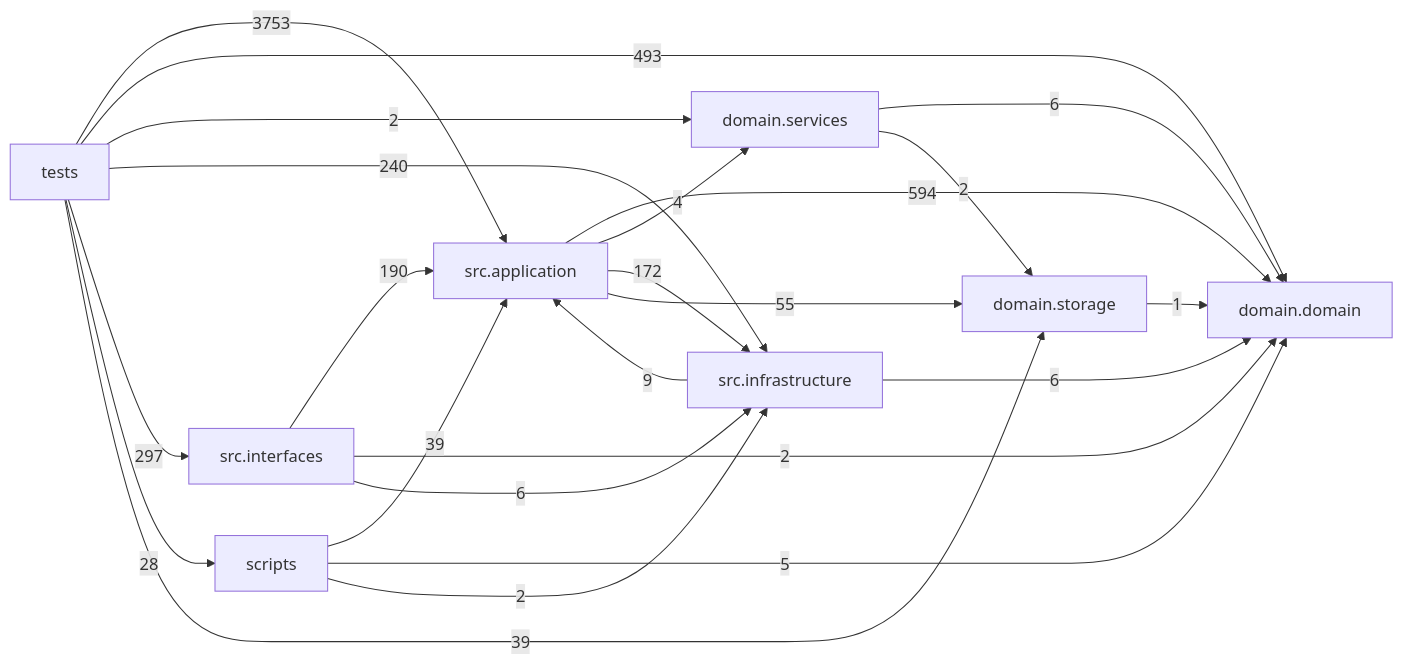
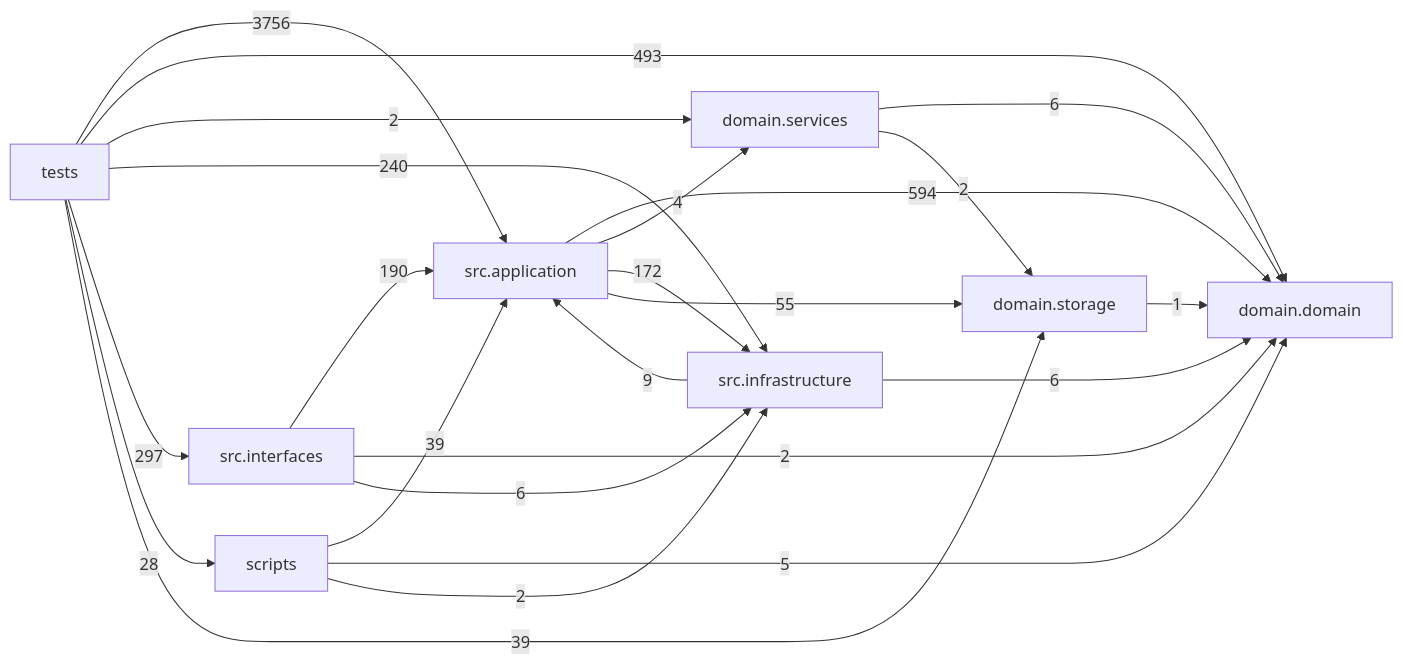
One commit to liuxie066/options-monitor changed the diagram in docs/DEPENDENCY_GRAPH.md. Above: the diagram before and after it, drawn with Mermaid. The commit also changed other lines of this file and 6 other files, not shown here.

````diff
--- a/docs/DEPENDENCY_GRAPH.md
+++ b/docs/DEPENDENCY_GRAPH.md
@@ -24,33 +24,33 @@
 ```mermaid
 flowchart LR
   tests["tests"]
   scripts["scripts"]
   interfaces["src.interfaces"]
   application["src.application"]
   infrastructure["src.infrastructure"]
   domain_services["domain.services"]
   domain["domain.domain"]
   storage["domain.storage"]
   application -->|594| domain
   application -->|4| domain_services
   application -->|172| infrastructure
   application -->|55| storage
   domain_services -->|6| domain
   domain_services -->|2| storage
   infrastructure -->|9| application
   infrastructure -->|6| domain
   interfaces -->|190| application
   interfaces -->|2| domain
   interfaces -->|6| infrastructure
   scripts -->|39| application
   scripts -->|5| domain
   scripts -->|2| infrastructure
   storage -->|1| domain
-  tests -->|3753| application
+  tests -->|3756| application
   tests -->|493| domain
   tests -->|2| domain_services
   tests -->|240| infrastructure
   tests -->|297| interfaces
   tests -->|28| scripts
   tests -->|39| storage
 ```
````
